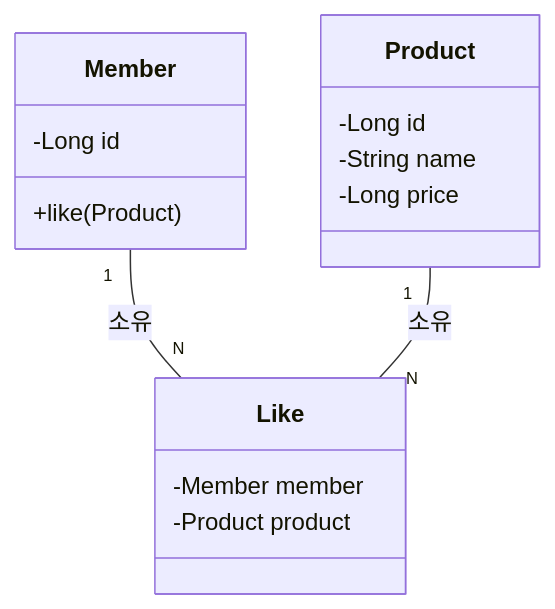
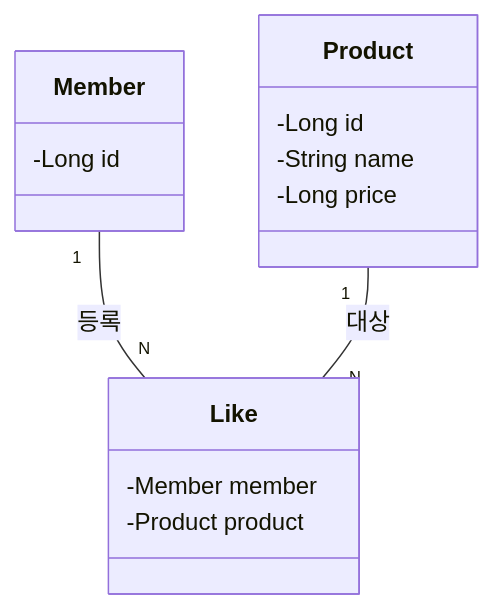
One commit to dhgu-dev/e-commerce changed the fourth of 9 diagrams in docs/design/03-class-diagrams.md. Above: the diagram before and after it, drawn with Mermaid. The commit also changed other lines of this file and 3 other files, not shown here.

First line of the commit message:
docs: 시퀀스 및 클래스 다이어그램 개선 (#11)

````diff
--- a/docs/design/03-class-diagrams.md
+++ b/docs/design/03-class-diagrams.md
@@ -68,18 +63,17 @@
 ```mermaid
 classDiagram
     class Like {
         -Member member
         -Product product
     }
     class Member {
         -Long id
-        +like(Product)
     }
     class Product {
         -Long id
         -String name
         -Long price
     }
-    Member "1" -- "N" Like : 소유
-    Product "1" -- "N" Like : 소유
+    Member "1" -- "N" Like : 등록
+    Product "1" -- "N" Like : 대상
 ```
````
